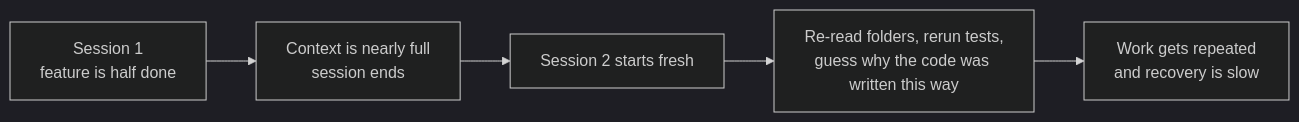
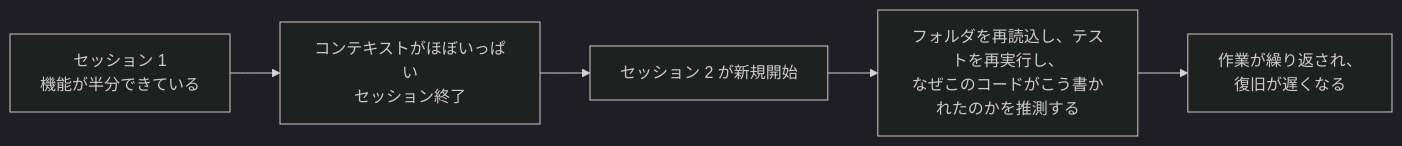
Before and after one commit to mkusaka/learn-harness-engineering: the first of 2 diagrams in docs/en/lectures/lecture-05-why-long-running-tasks-lose-continuity/index.md, drawn with Mermaid (dark theme). The commit also changed other lines of this file and 571 other files, not shown here.

````diff
--- a/docs/en/lectures/lecture-05-why-long-running-tasks-lose-continuity/index.md
+++ b/docs/en/lectures/lecture-05-why-long-running-tasks-lose-continuity/index.md
@@ -26,7 +26,7 @@
 ```mermaid
 flowchart LR
-    S1["Session 1<br/>feature is half done"] --> End1["Context is nearly full<br/>session ends"]
-    End1 --> S2["Session 2 starts fresh"]
-    S2 --> Guess["Re-read folders, rerun tests,<br/>guess why the code was written this way"]
-    Guess --> Drift["Work gets repeated<br/>and recovery is slow"]
+    S1["セッション 1<br/>機能が半分できている"] --> End1["コンテキストがほぼいっぱい<br/>セッション終了"]
+    End1 --> S2["セッション 2 が新規開始"]
+    S2 --> Guess["フォルダを再読込し、テストを再実行し、<br/>なぜこのコードがこう書かれたのかを推測する"]
+    Guess --> Drift["作業が繰り返され、<br/>復旧が遅くなる"]
 ```
````
